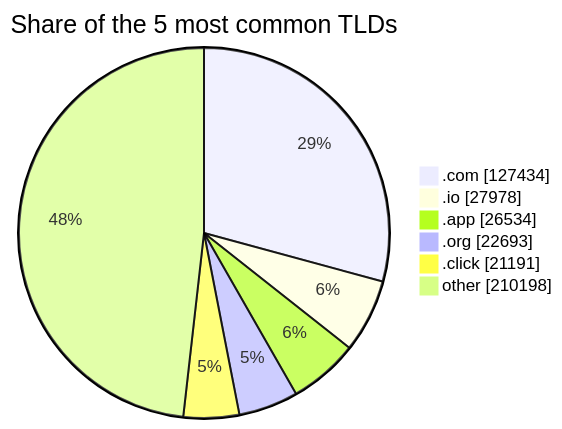
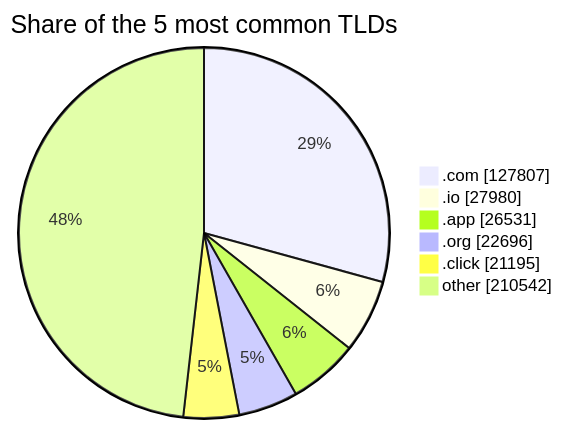
The third of 3 diagrams in README.md (DNSBunker/CTI), drawn with Mermaid before and after one commit. The commit also changed other lines of this file and 3 other files, not shown here.

````diff
--- a/README.md
+++ b/README.md
@@ -81,9 +81,9 @@
 ```mermaid
 pie showData title Share of the 5 most common TLDs
-    ".com" : 127434
-    ".io" : 27978
-    ".app" : 26534
-    ".org" : 22693
-    ".click" : 21191
-    "other" : 210198
+    ".com" : 127807
+    ".io" : 27980
+    ".app" : 26531
+    ".org" : 22696
+    ".click" : 21195
+    "other" : 210542
 ```
````
